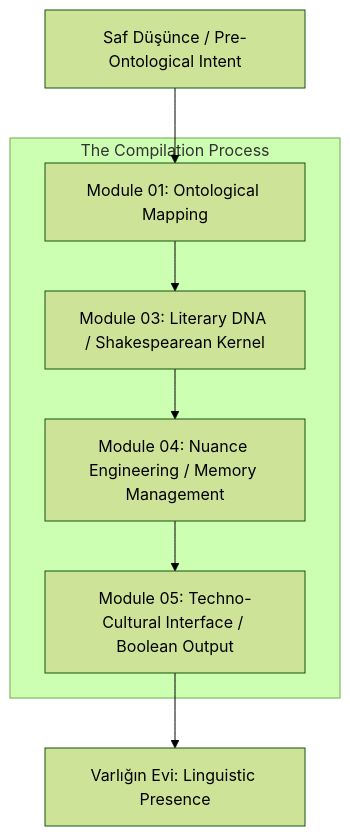
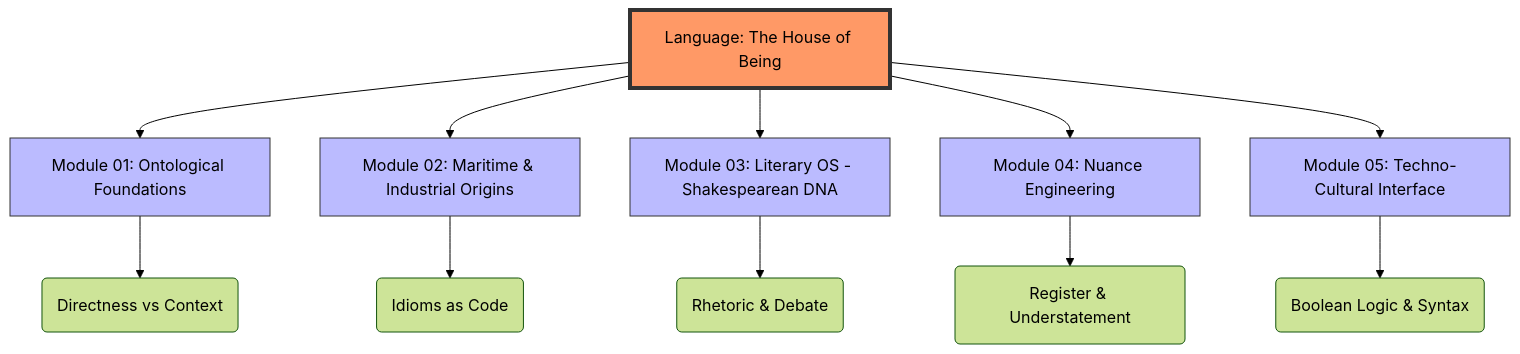
The diagram in README.md (arch-yunus/Cultural-Syntax-English-as-a-House-of-Being), drawn with Mermaid (forest theme) before and after one commit. The commit also changed other lines of this file and 8 other files, not shown here.

````diff
--- a/README.md
+++ b/README.md
@@ -29,16 +15,21 @@
 ```mermaid
 graph TD
-    A[Saf Düşünce / Pre-Ontological Intent] --> B[Module 01: Ontological Mapping]
-    B --> C[Module 03: Literary DNA / Shakespearean Kernel]
-    C --> D[Module 04: Nuance Engineering / Memory Management]
-    D --> E[Module 05: Techno-Cultural Interface / Boolean Output]
+    A[Language: The House of Being] --> B[Module 01: Ontological Foundations]
+    A --> C[Module 02: Maritime & Industrial Origins]
+    A --> D[Module 03: Literary OS - Shakespearean DNA]
+    A --> E[Module 04: Nuance Engineering]
+    A --> F[Module 05: Techno-Cultural Interface]
     
-    subgraph "The Compilation Process"
-    B
-    C
-    D
-    E
-    end
+    B --> B1(Directness vs Context)
+    C --> C1(Idioms as Code)
+    D --> D1(Rhetoric & Debate)
+    E --> E1(Register & Understatement)
+    F --> F1(Boolean Logic & Syntax)
     
-    E --> F[Varlığın Evi: Linguistic Presence]
+    style A fill:#f96,stroke:#333,stroke-width:4px
+    style B fill:#bbf,stroke:#333
+    style C fill:#bbf,stroke:#333
+    style D fill:#bbf,stroke:#333
+    style E fill:#bbf,stroke:#333
+    style F fill:#bbf,stroke:#333
 ```
````
